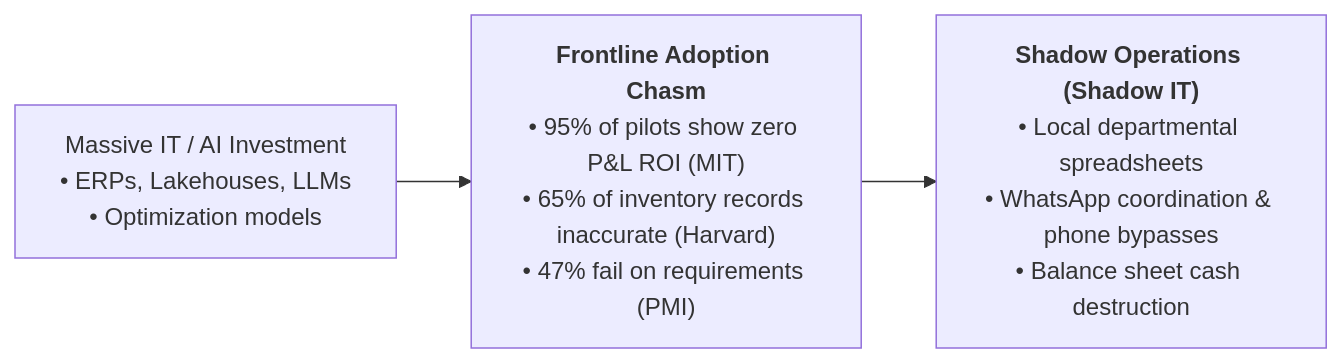
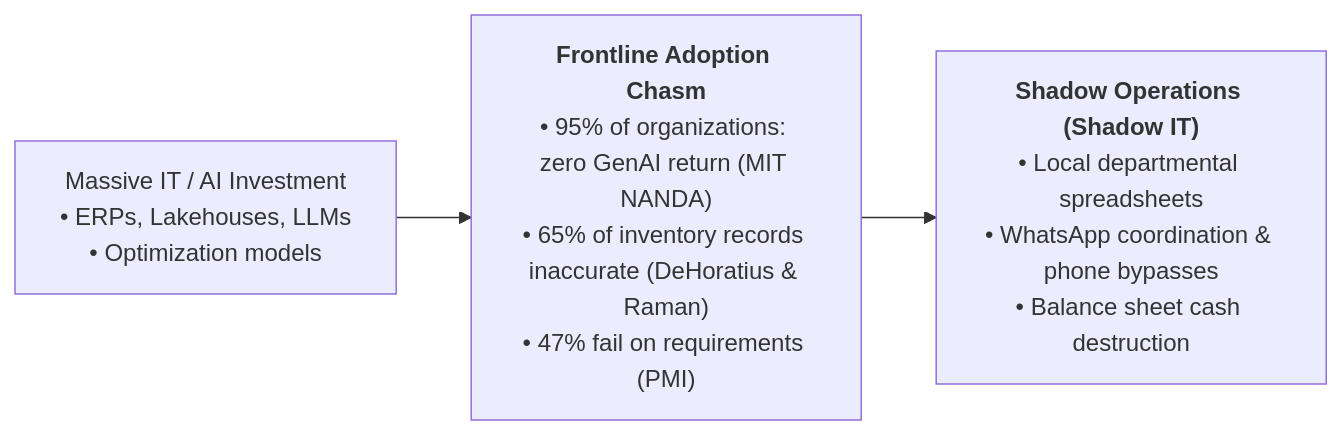
One commit to esstipi-debug/mellon changed the second of 11 diagrams in DEPLOYMENT-STRATEGIST-WHITEPAPER-MASTER.md. Above: the diagram before and after it, drawn with Mermaid. The commit also changed other lines of this file and 9 other files, not shown here.

````diff
--- a/DEPLOYMENT-STRATEGIST-WHITEPAPER-MASTER.md
+++ b/DEPLOYMENT-STRATEGIST-WHITEPAPER-MASTER.md
@@ -51,5 +51,5 @@
 ```mermaid
 flowchart LR
-    A["Massive IT / AI Investment<br/>• ERPs, Lakehouses, LLMs<br/>• Optimization models"] --> B["<b>Frontline Adoption Chasm</b><br/>• 95% of pilots show zero P&L ROI (MIT)<br/>• 65% of inventory records inaccurate (Harvard)<br/>• 47% fail on requirements (PMI)"]
+    A["Massive IT / AI Investment<br/>• ERPs, Lakehouses, LLMs<br/>• Optimization models"] --> B["<b>Frontline Adoption Chasm</b><br/>• 95% of organizations: zero GenAI return (MIT NANDA)<br/>• 65% of inventory records inaccurate (DeHoratius & Raman)<br/>• 47% fail on requirements (PMI)"]
     B --> C["<b>Shadow Operations (Shadow IT)</b><br/>• Local departmental spreadsheets<br/>• WhatsApp coordination & phone bypasses<br/>• Balance sheet cash destruction"]
 ```
````
